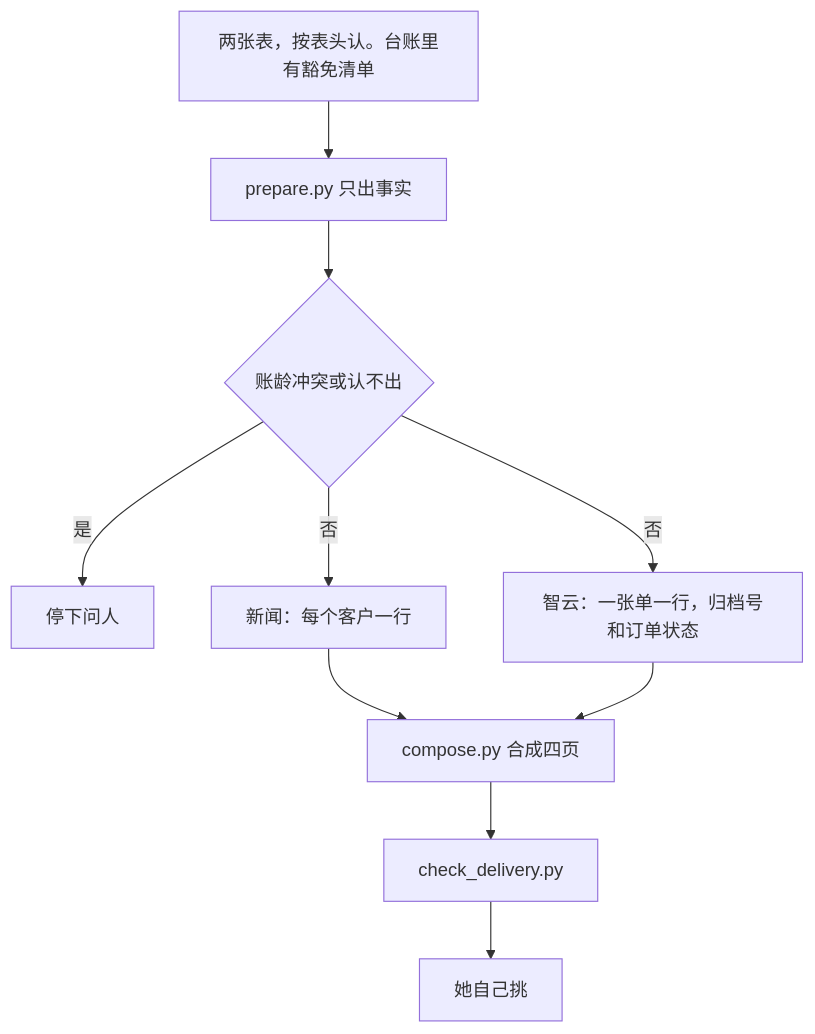
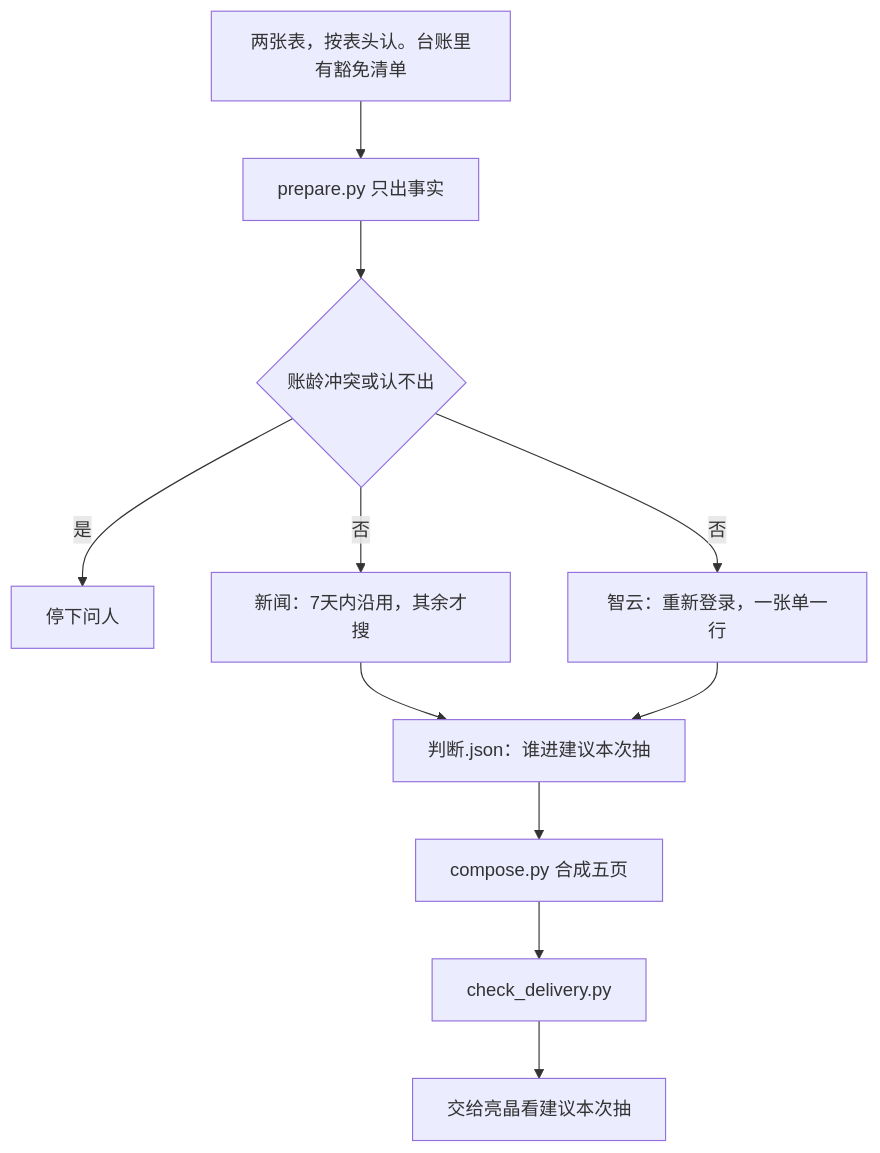
One commit to EvanLee2004/finance-skills changed the diagram in skills/ar-spot-check/README.md. Above: the diagram before and after it, drawn with Mermaid. The commit also changed other lines of this file and 6 other files, not shown here.

````diff
--- a/skills/ar-spot-check/README.md
+++ b/skills/ar-spot-check/README.md
@@ -7,12 +7,13 @@
 ```mermaid
 flowchart TD
   A[两张表，按表头认。台账里有豁免清单] --> B[prepare.py 只出事实]
   B --> C{账龄冲突或认不出}
   C -->|是| Q[停下问人]
-  C -->|否| D[新闻：每个客户一行]
-  C -->|否| E[智云：一张单一行，归档号和订单状态]
-  D --> F[compose.py 合成四页]
-  E --> F
+  C -->|否| D[新闻：7天内沿用，其余才搜]
+  C -->|否| E[智云：重新登录，一张单一行]
+  D --> J[判断.json：谁进建议本次抽]
+  E --> J
+  J --> F[compose.py 合成五页]
   F --> G[check_delivery.py]
-  G --> H[她自己挑]
+  G --> H[交给亮晶看建议本次抽]
 ```
````
